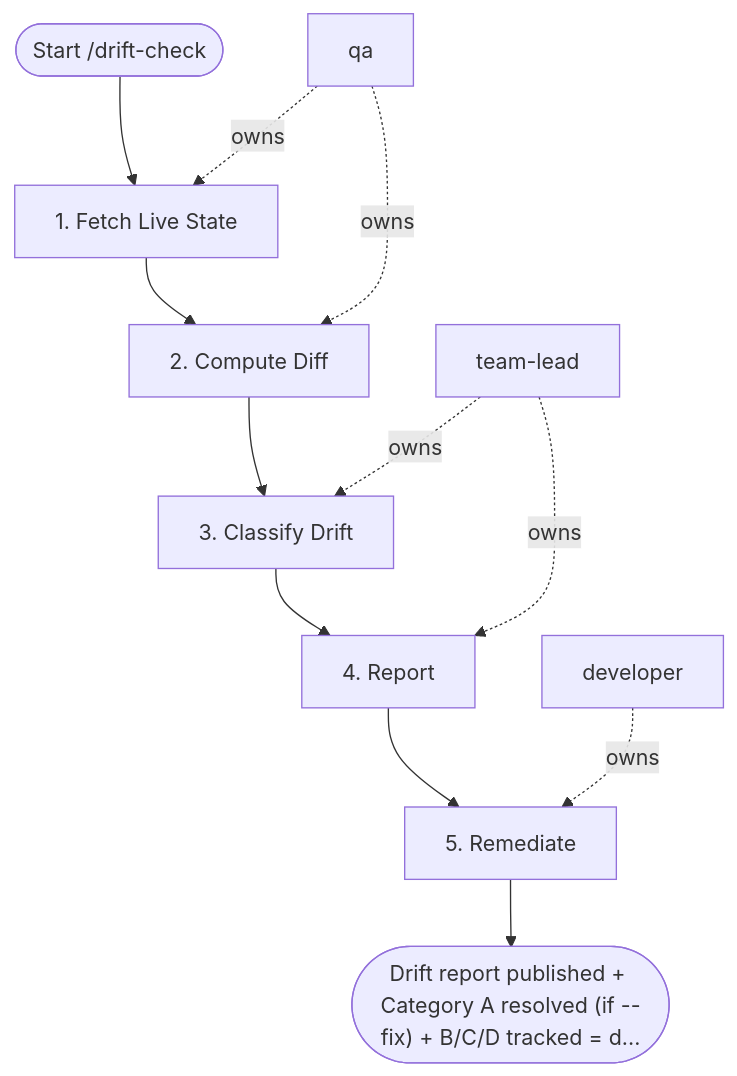
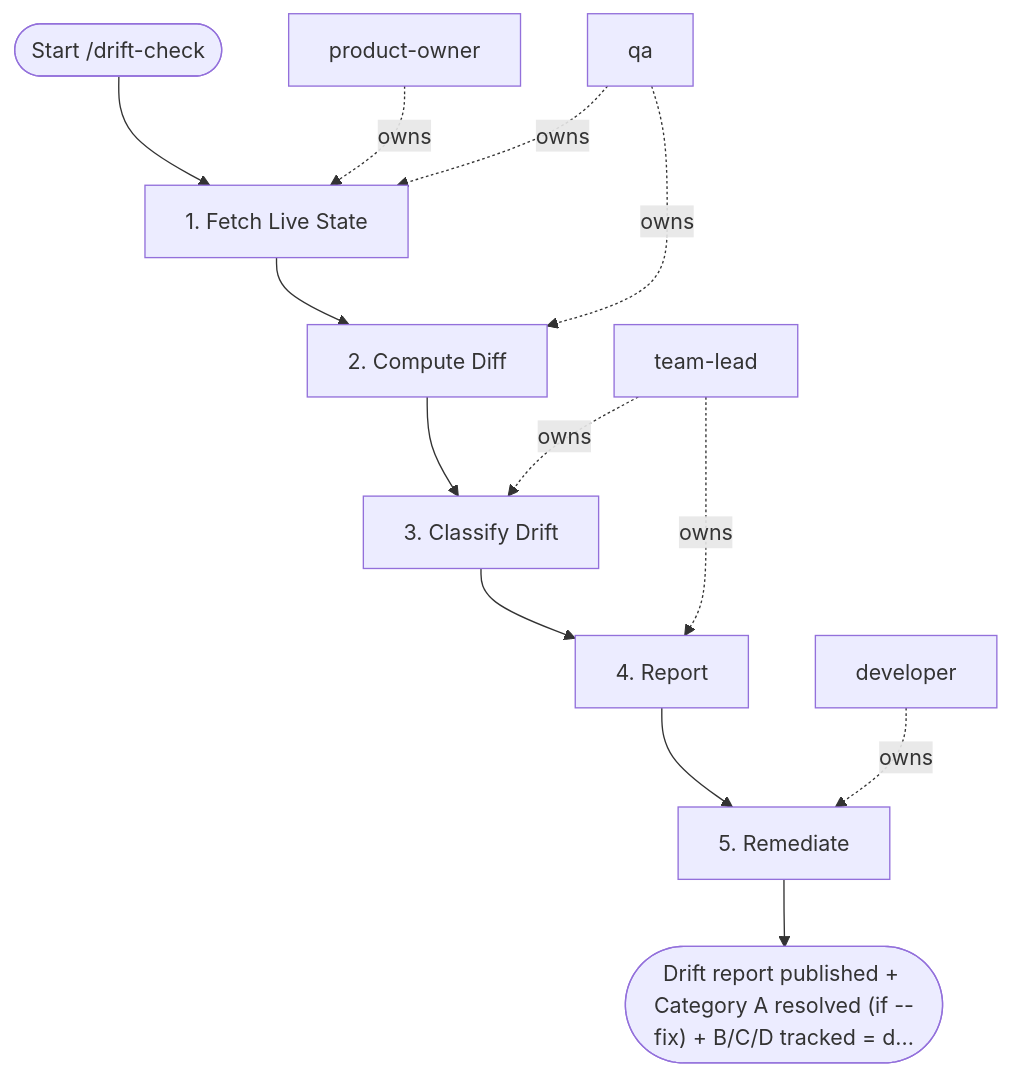
The diagram in areas/software/platform/workflows/drift-check.md (sawrus/agent-guides), drawn with Mermaid before and after one commit. The commit also changed other lines of this file and 76 other files, not shown here.

Commit message:
Standardize workflow product owner initiation

````diff
--- a/areas/software/platform/workflows/drift-check.md
+++ b/areas/software/platform/workflows/drift-check.md
@@ -63,24 +63,26 @@
 ```mermaid
 flowchart TD
   start(["Start /drift-check"])
-  role_1["qa"]
-  role_2["team-lead"]
-  role_3["developer"]
+  role_1["product-owner"]
+  role_2["qa"]
+  role_3["team-lead"]
+  role_4["developer"]
   step_1["1. Fetch Live State"]
   step_2["2. Compute Diff"]
   step_3["3. Classify Drift"]
   step_4["4. Report"]
   step_5["5. Remediate"]
   exit(["Drift report published + Category A resolved (if --fix) + B/C/D tracked = d..."])
   start --> step_1
   step_1 --> step_2
   step_2 --> step_3
   step_3 --> step_4
   step_4 --> step_5
   step_5 --> exit
   role_1 -. owns .-> step_1
-  role_1 -. owns .-> step_2
-  role_2 -. owns .-> step_3
-  role_2 -. owns .-> step_4
-  role_3 -. owns .-> step_5
+  role_2 -. owns .-> step_1
+  role_2 -. owns .-> step_2
+  role_3 -. owns .-> step_3
+  role_3 -. owns .-> step_4
+  role_4 -. owns .-> step_5
 ```
````
